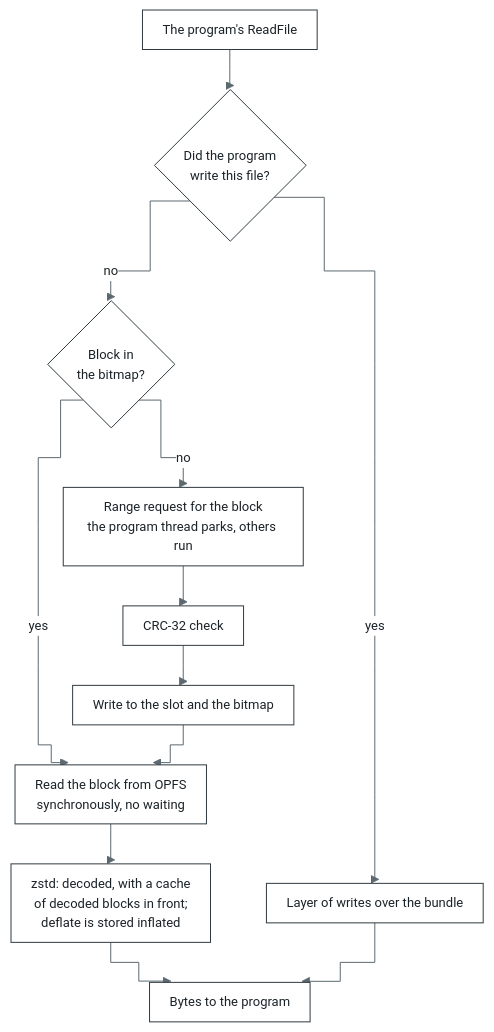
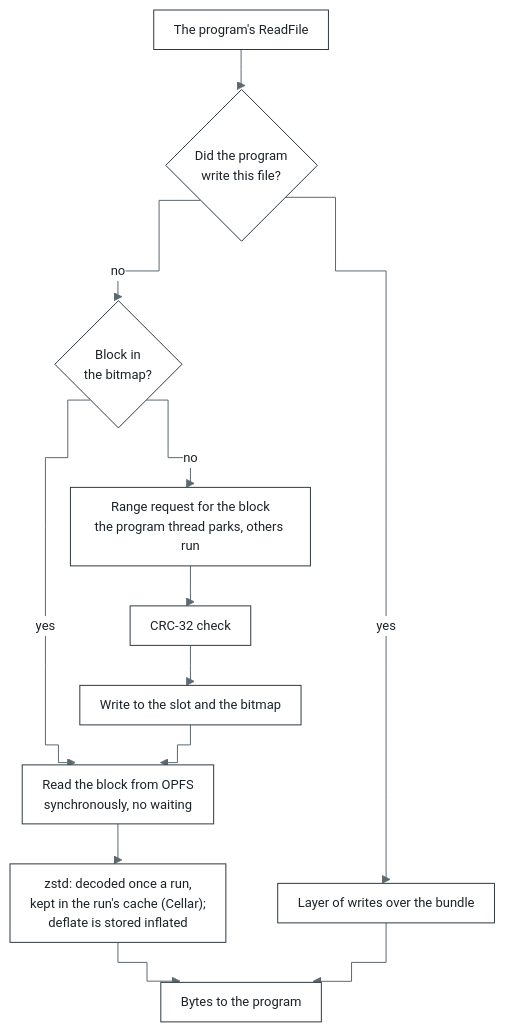
One commit to bottlify/bottlify changed the diagram in docs/architecture/storage.md. Above: the diagram before and after it, drawn with Mermaid. The commit also changed 14 other files, not shown here.

````diff
--- a/docs/architecture/storage.md
+++ b/docs/architecture/storage.md
@@ -19,15 +19,15 @@
 ```mermaid
 %%{init: {"theme": "base", "flowchart": {"curve": "step", "nodeSpacing": 30, "rankSpacing": 40, "padding": 10}, "themeVariables": {"fontFamily": "Inter, Segoe UI, Helvetica, Arial, sans-serif", "fontSize": "13px", "primaryColor": "#FFFFFF", "primaryBorderColor": "#2F3A40", "primaryTextColor": "#1B2328", "lineColor": "#5C6970", "clusterBkg": "#F3F5F6", "clusterBorder": "#9AA6AC", "edgeLabelBackground": "#FFFFFF"}}}%%
 flowchart TD
   RD["The program's ReadFile"] --> W{"Did the program<br/>write this file?"}
   W -->|"yes"| OV["Layer of writes over the bundle"]
   W -->|"no"| BIT{"Block in<br/>the bitmap?"}
   BIT -->|"yes"| SL["Read the block from OPFS<br/>synchronously, no waiting"]
   BIT -->|"no"| F["Range request for the block<br/>the program thread parks, others run"]
   F --> CRC["CRC-32 check"]
   CRC --> PUT["Write to the slot and the bitmap"]
   PUT --> SL
-  SL --> DEC["zstd: decoded, with a cache<br/>of decoded blocks in front;<br/>deflate is stored inflated"]
+  SL --> DEC["zstd: decoded once a run,<br/>kept in the run's cache (Cellar);<br/>deflate is stored inflated"]
   DEC --> OUT["Bytes to the program"]
   OV --> OUT
 ```
````
